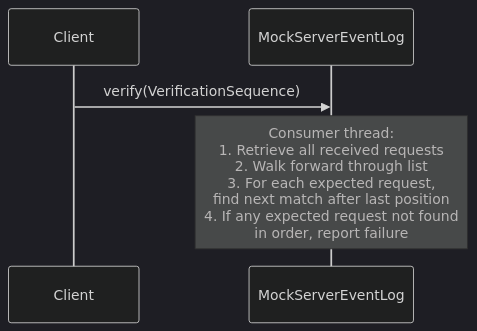
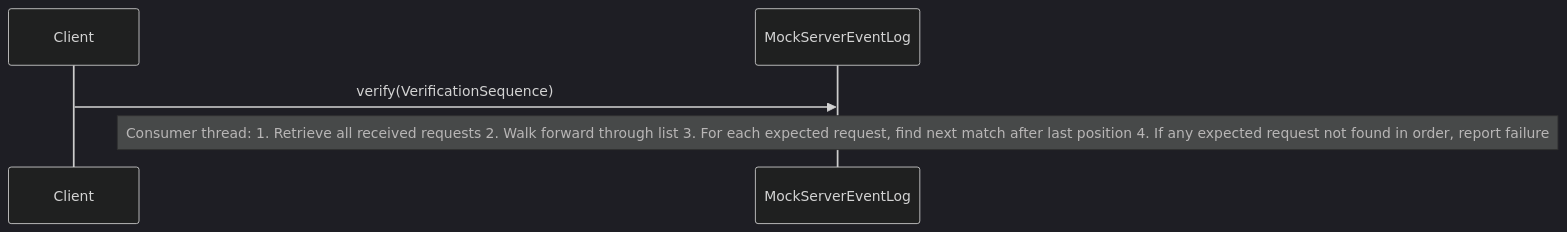
Before and after one commit to mock-server/mockserver: the fourth of 6 diagrams in docs/code/event-system.md, drawn with Mermaid (dark theme). The commit also changed other lines of this file and 21 other files, not shown here.

First line of the commit message:
fix(docs): remove HTML tags from Mermaid diagrams to fix GitHub rendering

````diff
--- a/docs/code/event-system.md
+++ b/docs/code/event-system.md
@@ -193,8 +203,8 @@
 ```mermaid
 sequenceDiagram
     participant C as Client
     participant EL as MockServerEventLog
 
     C->>EL: verify(VerificationSequence)
-    Note over EL: Consumer thread:<br/>1. Retrieve all received requests<br/>2. Walk forward through list<br/>3. For each expected request,<br/>   find next match after last position<br/>4. If any expected request not found<br/>   in order, report failure
+    Note over EL: Consumer thread: 1. Retrieve all received requests 2. Walk forward through list 3. For each expected request, find next match after last position 4. If any expected request not found in order, report failure
 ```
````
